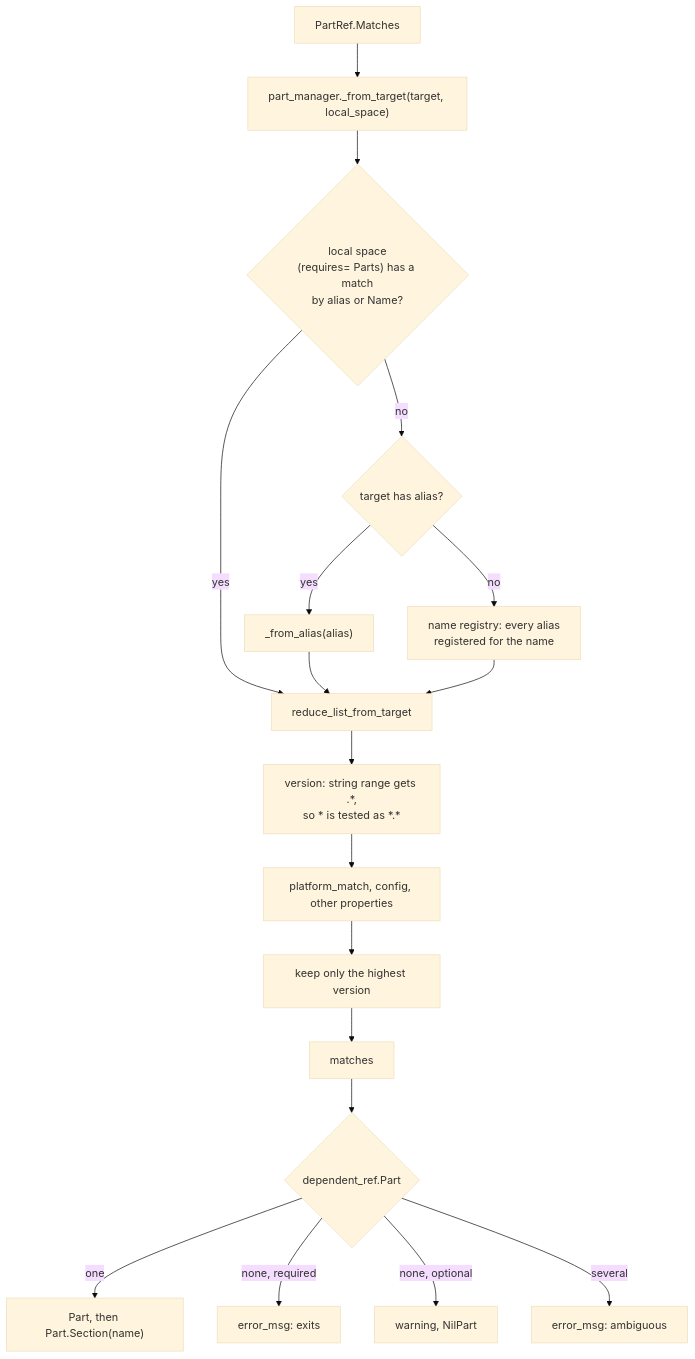
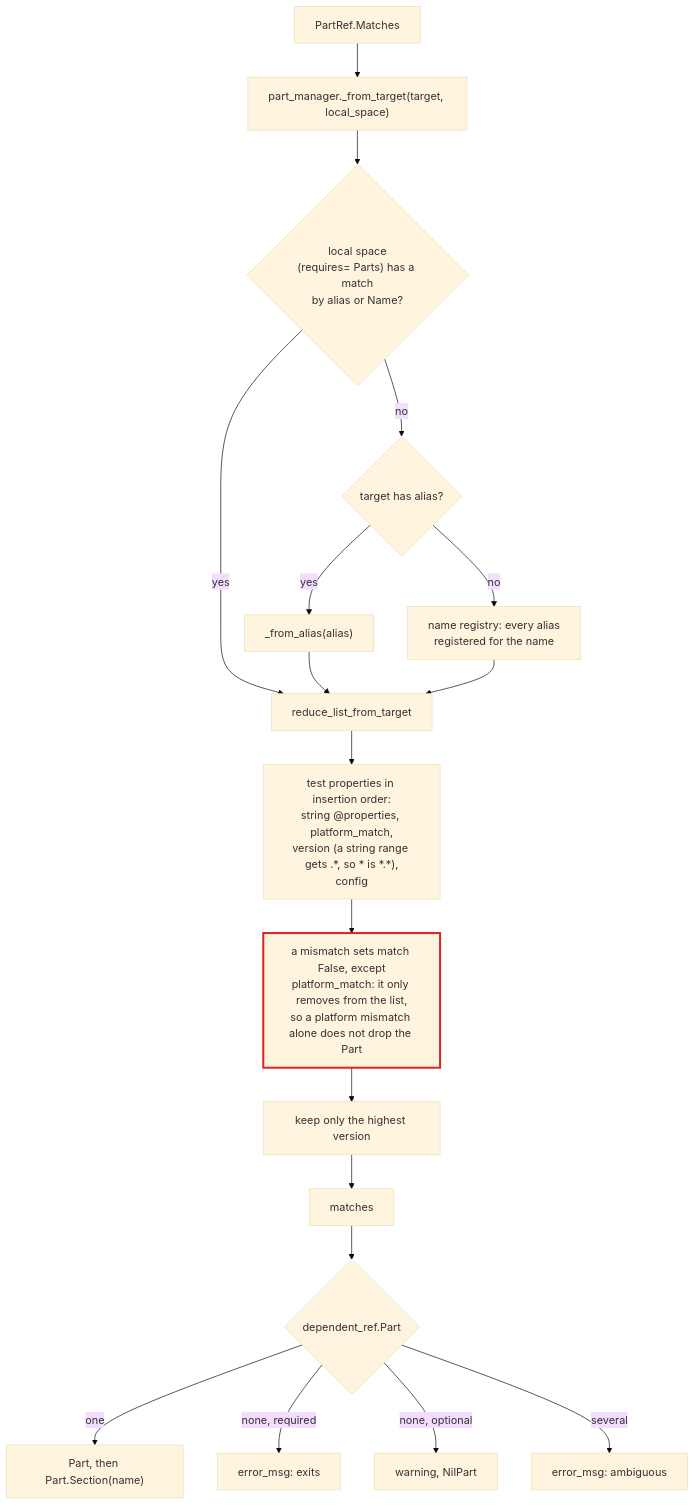
The third of 6 diagrams in doc/architecture/04-sections-and-dependencies.md (sconsparts/parts), drawn with Mermaid (base theme) before and after one commit. The commit also changed other lines of this file and 8 other files, not shown here.

First line of the commit message:
Correct the architecture maps after an order-and-attribution review

````diff
--- a/doc/architecture/04-sections-and-dependencies.md
+++ b/doc/architecture/04-sections-and-dependencies.md
@@ -52,20 +52,21 @@
 ```mermaid
 flowchart TD
     A["PartRef.Matches"] --> B["part_manager._from_target(target, local_space)"]
     B --> L{"local space<br/>(requires= Parts) has a match<br/>by alias or Name?"}
     L -->|"yes"| R
     L -->|"no"| G{"target has alias?"}
     G -->|"yes"| GA["_from_alias(alias)"]
     G -->|"no"| GN["name registry: every alias<br/>registered for the name"]
     GA --> R["reduce_list_from_target"]
     GN --> R
-    R --> R1["version: string range gets .*,<br/>so * is tested as *.*"]
-    R1 --> R2["platform_match, config, other properties"]
+    R --> R1["test properties in insertion order:<br/>string @properties, platform_match,<br/>version (a string range gets .*, so * is *.*),<br/>config"]
+    R1 --> R2["a mismatch sets match False, except<br/>platform_match: it only removes from the list,<br/>so a platform mismatch alone does not drop the Part"]:::hot
     R2 --> R3["keep only the highest version"]
     R3 --> OUT["matches"]
     OUT --> DP{"dependent_ref.Part"}
     DP -->|"one"| OK["Part, then Part.Section(name)"]
     DP -->|"none, required"| X1["error_msg: exits"]
     DP -->|"none, optional"| X2["warning, NilPart"]
     DP -->|"several"| X3["error_msg: ambiguous"]
+    classDef hot stroke:#dc2626,stroke-width:3px
 ```
````
